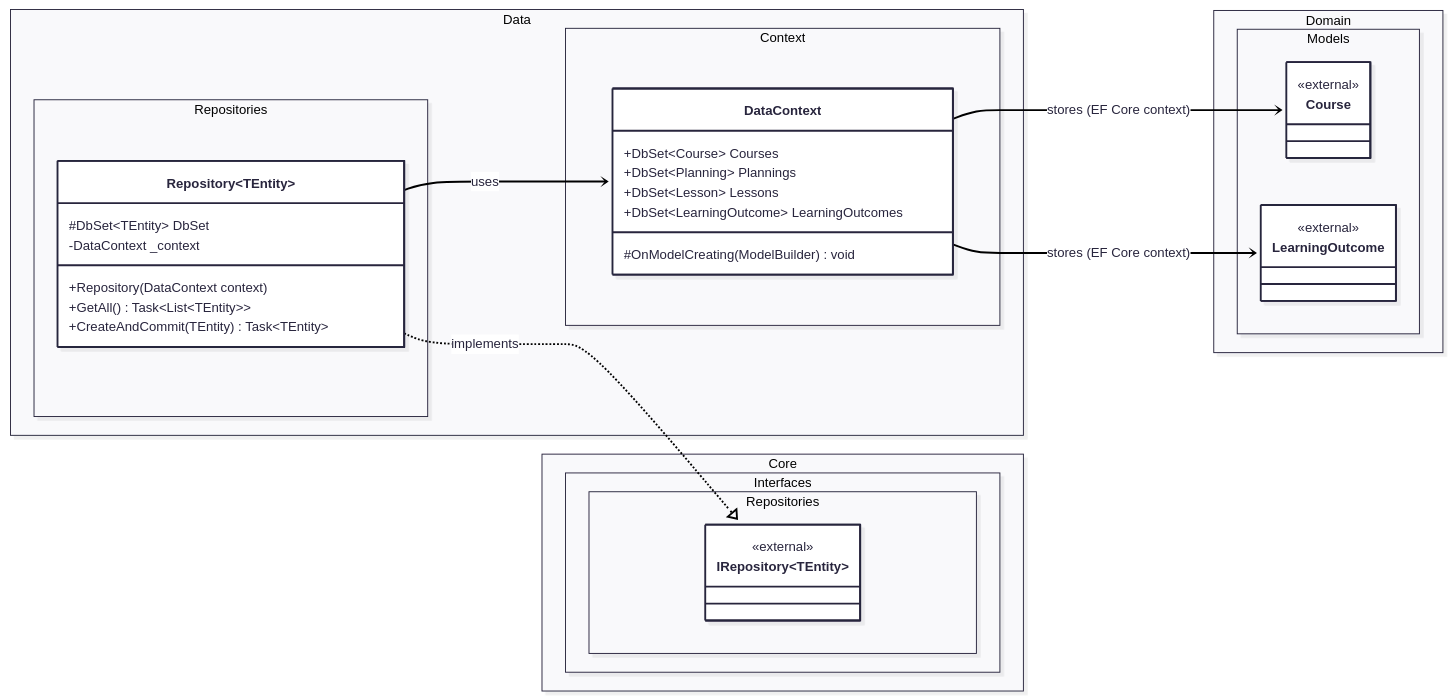
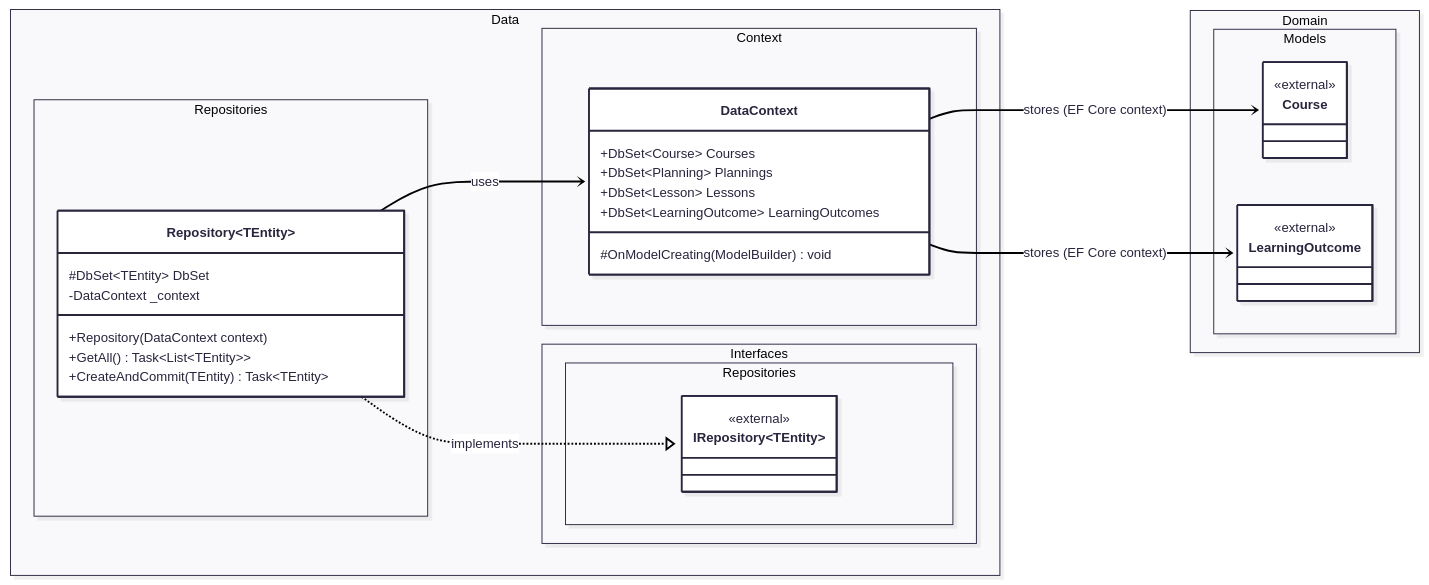
Before and after one commit to kelvin0307/oose: the diagram in Data/Diagrams/Data.mermaid, drawn with Mermaid. The commit also changed 40 other files, not shown here.

```diff
--- a/Data/Diagrams/Data.mermaid
+++ b/Data/Diagrams/Data.mermaid
@@ -1,49 +1,49 @@
 ---
 config:
   look: neo
   theme: redux
   layout: dagre
 ---
 classDiagram
 direction LR    
     namespace Data.Repositories {
         class Repository~TEntity~ {
             #DbSet~TEntity~ DbSet
             -DataContext _context
             +Repository(DataContext context)
             +GetAll() Task~List~TEntity~~
             +CreateAndCommit(TEntity) Task~TEntity~
         }
     }
 
     namespace Data.Context {
         class DataContext {
             +DbSet~Course~ Courses
             +DbSet~Planning~ Plannings
             +DbSet~Lesson~ Lessons
             +DbSet~LearningOutcome~ LearningOutcomes
             #OnModelCreating(ModelBuilder) void
         }
     }
 
-    namespace Core.Interfaces.Repositories {
+    namespace Data.Interfaces.Repositories {
         class IRepository~TEntity~{
             <<external>>
         }
     }
 
     namespace Domain.Models{
         class Course{
             <<external>>
         }
 
         class LearningOutcome{
             <<external>>
         }
     }
 
 %% Relations
     Repository~TEntity~ --> DataContext : uses
     Repository~TEntity~ ..|> IRepository : implements
     DataContext --> Course : stores (EF Core context)
     DataContext --> LearningOutcome : stores (EF Core context)
```
